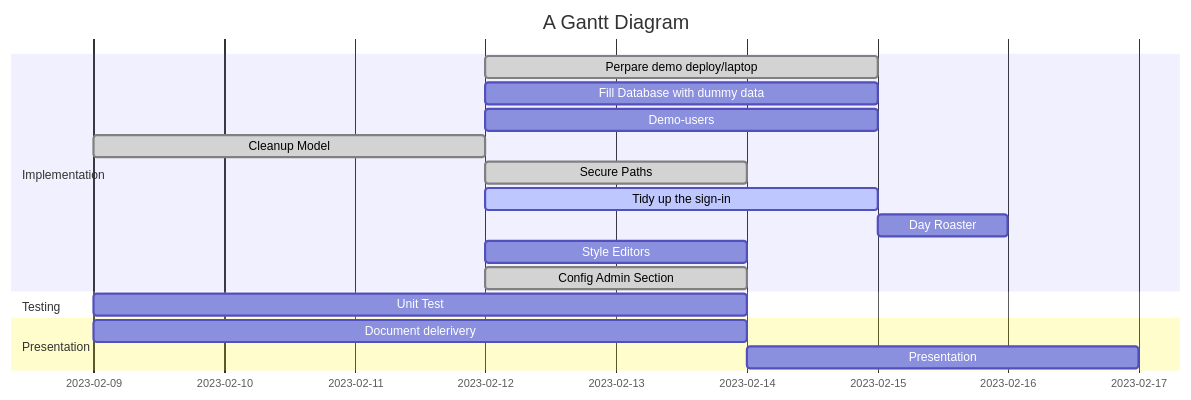
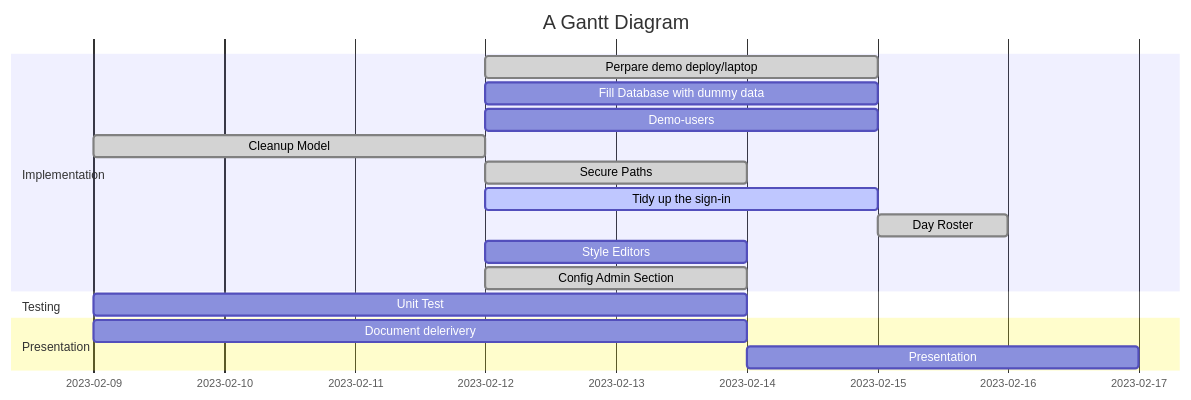
One commit to Zsolt821201/iDentity-ml-fyp-py changed the diagram in docs/diagrams/gantt-diagram.mmd. Above: the diagram before and after it, drawn with Mermaid. The commit also changed 6 other files, not shown here.

Commit message:
roster & roster day

```diff
--- a/docs/diagrams/gantt-diagram.mmd
+++ b/docs/diagrams/gantt-diagram.mmd
@@ -1,18 +1,18 @@
 gantt
     title A Gantt Diagram
     dateFormat  YYYY-MM-DD
     section Implementation
       Perpare demo deploy/laptop :done, a2, after a1  , 3d
       Fill Database with dummy data: after a1  , 3d
       Demo-users :after a1  , 3d
       Cleanup Model    :done, a1, 2023-02-09, 3d
       Secure Paths    :done,after a1  , 2d
       Tidy up the sign-in     :active, after a1  , 3d
-      Day Roaster     :a3, after a2  , 1d
+      Day Roster     :done,a3, after a2  , 1d
       Style Editors     :after a1  , 2d
       Config Admin Section     :done, after a1  , 2d
     section Testing
       Unit Test      :2023-02-09  , 5d
     section Presentation
       Document delerivery :2023-02-09  , 5d
       Presentation      : 3d
```
